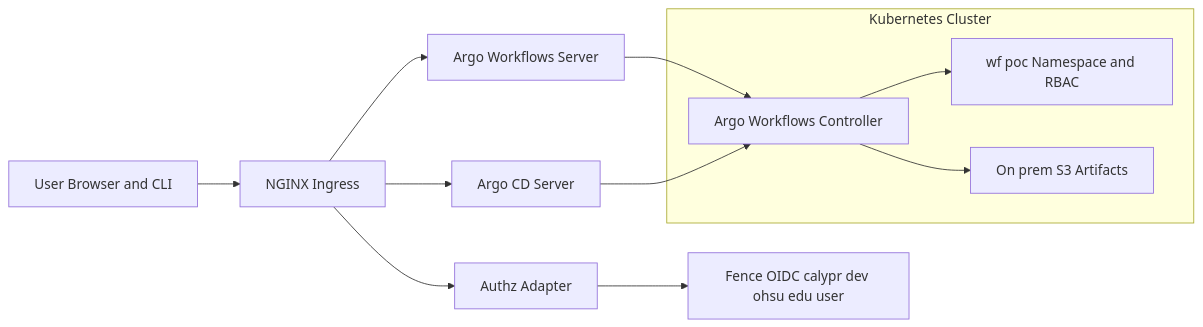
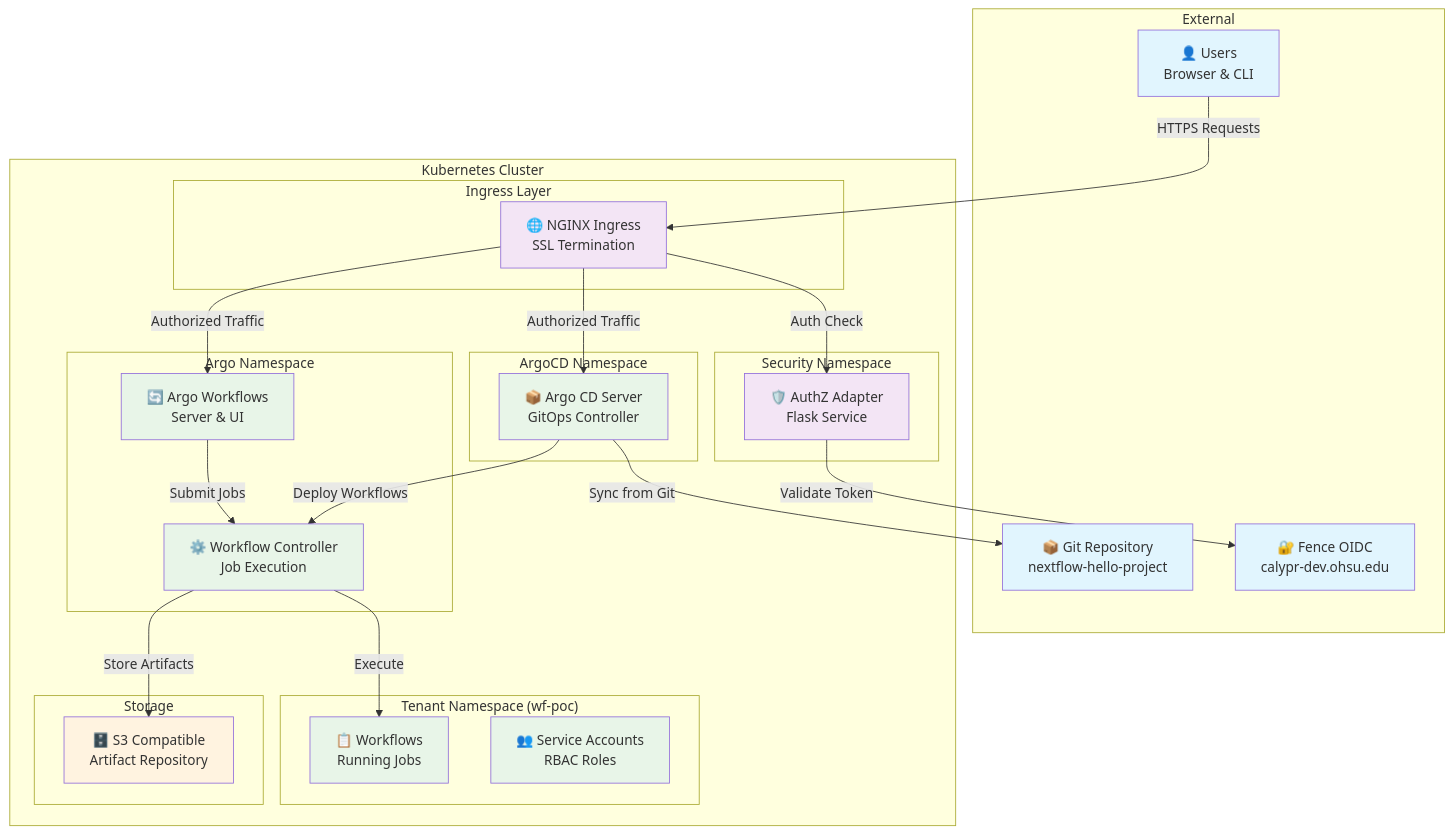
The diagram in README.md (calypr/argo-helm), drawn with Mermaid before and after one commit. The commit also changed other lines of this file and 18 other files, not shown here.

````diff
--- a/README.md
+++ b/README.md
@@ -15,29 +83,63 @@
 ```mermaid
-flowchart LR
-  U[User Browser and CLI]
-  NG[NGINX Ingress]
-  AD[Authz Adapter]
-  FE[Fence OIDC calypr dev ohsu edu user]
-  ACD[Argo CD Server]
-  AWSrv[Argo Workflows Server]
+graph TB
+    subgraph "External"
+        U[👤 Users<br/>Browser & CLI]
+        GH[📦 Git Repository<br/>nextflow-hello-project]
+        FENCE[🔐 Fence OIDC<br/>calypr-dev.ohsu.edu]
+    end
 
-  subgraph K8s [Kubernetes Cluster]
-    AWC[Argo Workflows Controller]
-    NS[wf poc Namespace and RBAC]
-    S3Store[On prem S3 Artifacts]
-  end
+    subgraph "Kubernetes Cluster"
+        subgraph "Ingress Layer"
+            NG[🌐 NGINX Ingress<br/>SSL Termination]
+        end
+        
+        subgraph "Security Namespace"
+            AD[🛡️ AuthZ Adapter<br/>Flask Service]
+        end
+        
+        subgraph "ArgoCD Namespace"
+            ACD[📦 Argo CD Server<br/>GitOps Controller]
+        end
+        
+        subgraph "Argo Namespace"
+            AWS[🔄 Argo Workflows<br/>Server & UI]
+            AWC[⚙️ Workflow Controller<br/>Job Execution]
+        end
+        
+        subgraph "Tenant Namespace (wf-poc)"
+            WF[📋 Workflows<br/>Running Jobs]
+            SA[👥 Service Accounts<br/>RBAC Roles]
+        end
+        
+        subgraph "Storage"
+            S3[🗄️ S3 Compatible<br/>Artifact Repository]
+        end
+    end
 
-  U --> NG
-  NG --> AD
-  AD --> FE
+    %% User flows
+    U -->|HTTPS Requests| NG
+    NG -->|Auth Check| AD
+    AD -->|Validate Token| FENCE
+    
+    %% Service routing
+    NG -->|Authorized Traffic| ACD
+    NG -->|Authorized Traffic| AWS
+    
+    %% Internal workflows
+    ACD -->|Deploy Workflows| AWC
+    AWS -->|Submit Jobs| AWC
+    AWC -->|Execute| WF
+    AWC -->|Store Artifacts| S3
+    ACD -->|Sync from Git| GH
 
-  NG --> ACD
-  NG --> AWSrv
-
-  AWSrv --> AWC
-  AWC --> NS
-  AWC --> S3Store
-
-  ACD --> AWC
-
+    %% Styling
+    classDef external fill:#e1f5fe
+    classDef security fill:#f3e5f5
+    classDef argo fill:#e8f5e8
+    classDef storage fill:#fff3e0
+    
+    class U,GH,FENCE external
+    class AD,NG security
+    class ACD,AWS,AWC,WF,SA argo
+    class S3 storage
 ```
````
